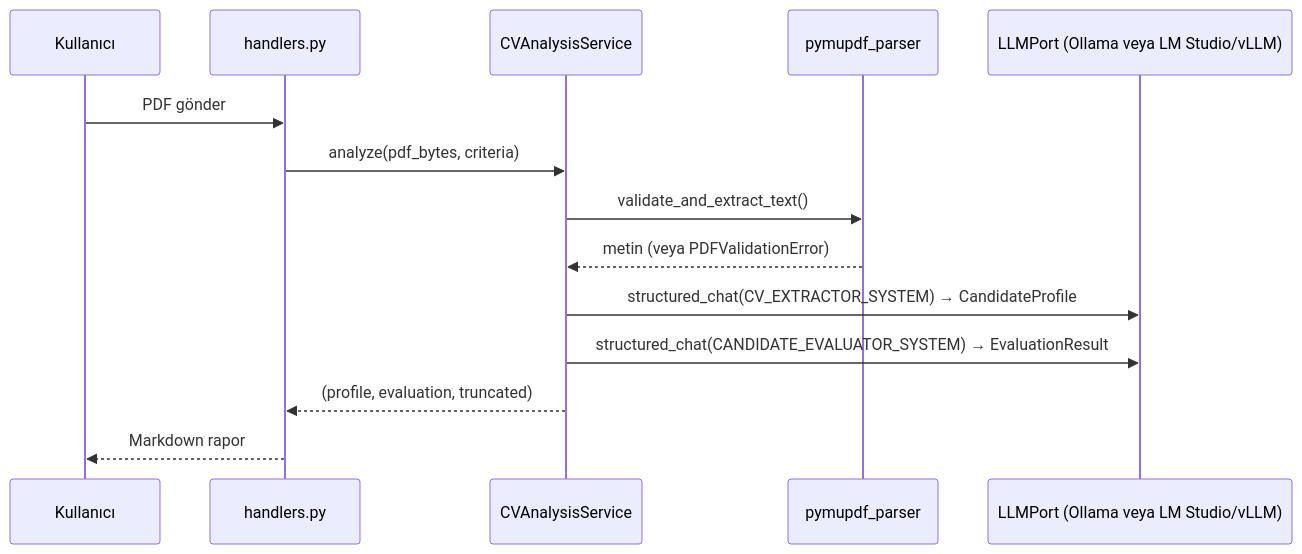
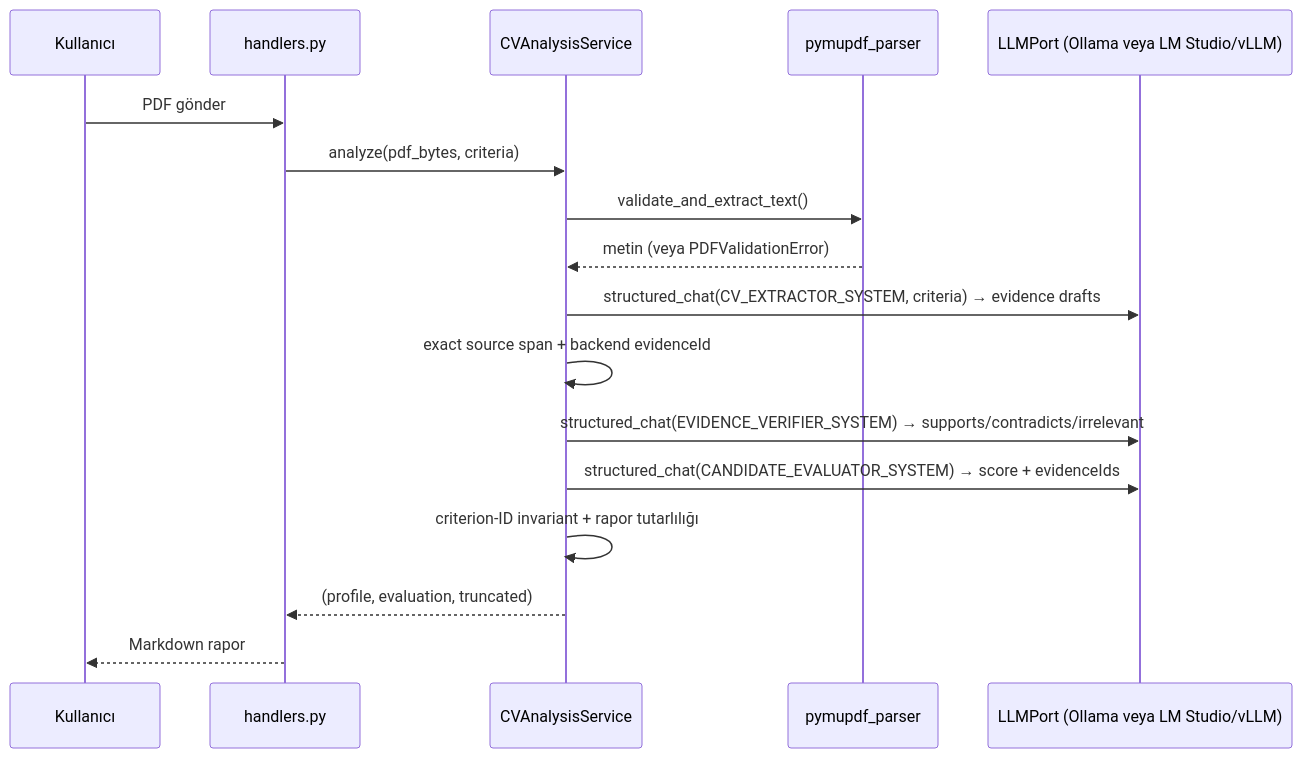
One commit to semihbugrasezer/sisoft-project changed the diagram in docs/ARCHITECTURE.md. Above: the diagram before and after it, drawn with Mermaid. The commit also changed other lines of this file and 20 other files, not shown here.

Commit message:
fix(cv): bind scoring to verified criterion evidence (#32)

````diff
--- a/docs/ARCHITECTURE.md
+++ b/docs/ARCHITECTURE.md
@@ -132,17 +132,20 @@
 ```mermaid
 sequenceDiagram
     participant U as Kullanıcı
     participant H as handlers.py
     participant CVS as CVAnalysisService
     participant PDF as pymupdf_parser
     participant LLM as LLMPort (Ollama veya LM Studio/vLLM)
 
     U->>H: PDF gönder
     H->>CVS: analyze(pdf_bytes, criteria)
     CVS->>PDF: validate_and_extract_text()
     PDF-->>CVS: metin (veya PDFValidationError)
-    CVS->>LLM: structured_chat(CV_EXTRACTOR_SYSTEM) → CandidateProfile
-    CVS->>LLM: structured_chat(CANDIDATE_EVALUATOR_SYSTEM) → EvaluationResult
+    CVS->>LLM: structured_chat(CV_EXTRACTOR_SYSTEM, criteria) → evidence drafts
+    CVS->>CVS: exact source span + backend evidenceId
+    CVS->>LLM: structured_chat(EVIDENCE_VERIFIER_SYSTEM) → supports/contradicts/irrelevant
+    CVS->>LLM: structured_chat(CANDIDATE_EVALUATOR_SYSTEM) → score + evidenceIds
+    CVS->>CVS: criterion-ID invariant + rapor tutarlılığı
     CVS-->>H: (profile, evaluation, truncated)
     H-->>U: Markdown rapor
 ```
````
